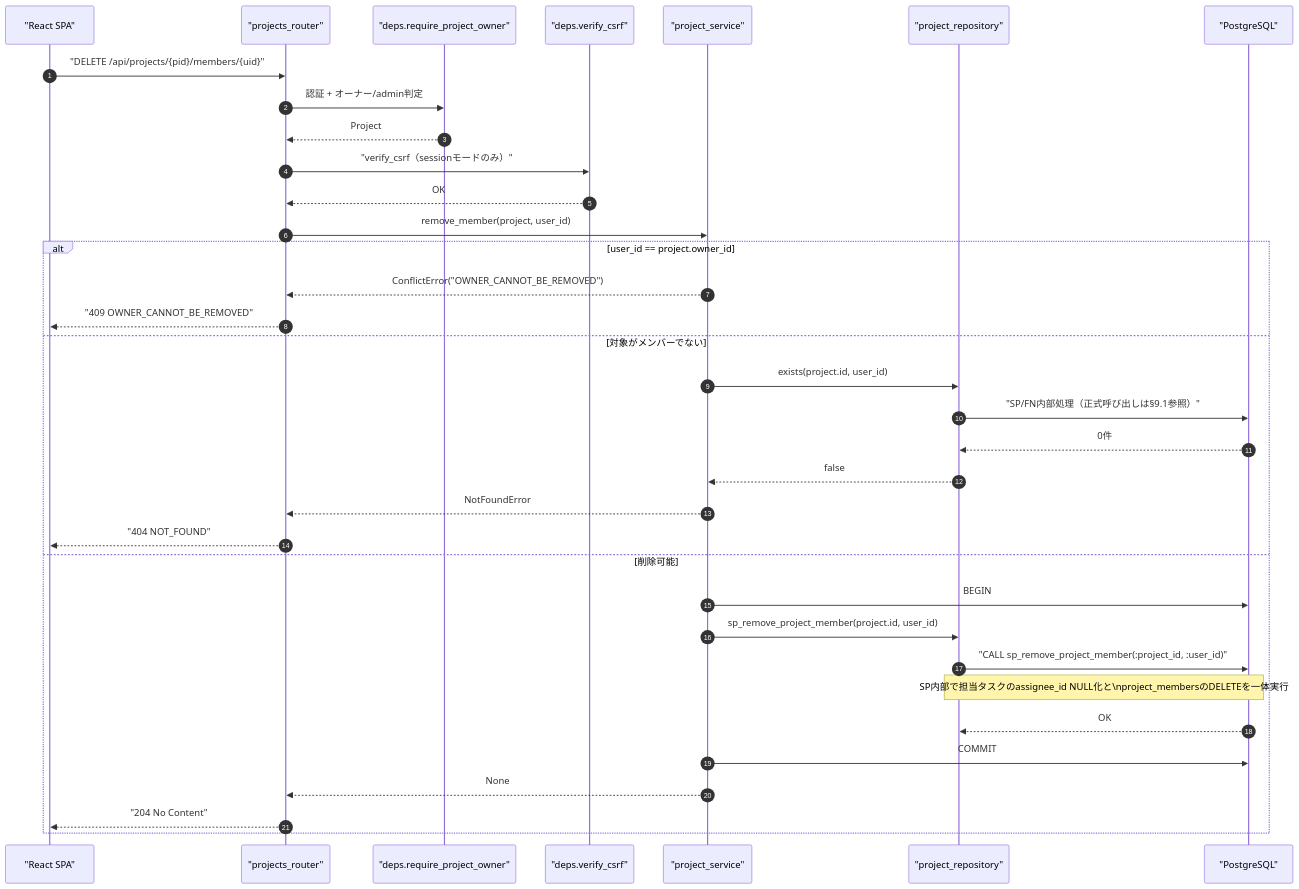
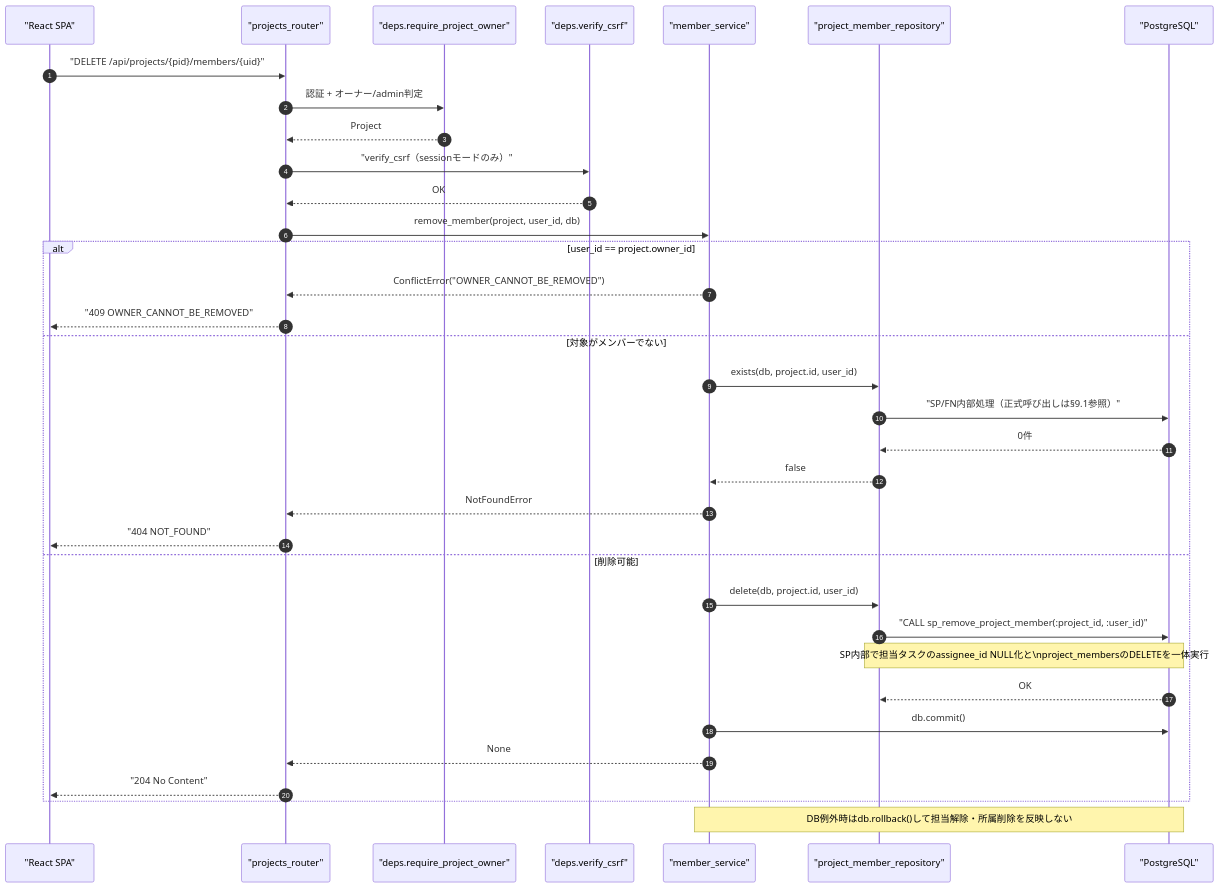
One commit to oikawa-d/task_management changed the first of 4 diagrams in docs/detailed_design/api/projects/09_delete_project_member.md. Above: the diagram before and after it, drawn with Mermaid. The commit also changed other lines of this file and 4 other files, not shown here.

````diff
--- a/docs/detailed_design/api/projects/09_delete_project_member.md
+++ b/docs/detailed_design/api/projects/09_delete_project_member.md
@@ -69,38 +69,38 @@
 ```mermaid
 sequenceDiagram
     autonumber
     participant FE as "React SPA"
     participant R as "projects_router"
     participant D as "deps.require_project_owner"
     participant CSRF as "deps.verify_csrf"
-    participant S as "project_service"
-    participant PR as "project_repository"
+    participant S as "member_service"
+    participant PR as "project_member_repository"
     participant PG as "PostgreSQL"
 
     FE->>R: "DELETE /api/projects/{pid}/members/{uid}"
     R->>D: 認証 + オーナー/admin判定
     D-->>R: Project
     R->>CSRF: "verify_csrf（sessionモードのみ）"
     CSRF-->>R: OK
-    R->>S: remove_member(project, user_id)
+    R->>S: remove_member(project, user_id, db)
     alt user_id == project.owner_id
         S-->>R: ConflictError("OWNER_CANNOT_BE_REMOVED")
         R-->>FE: "409 OWNER_CANNOT_BE_REMOVED"
     else 対象がメンバーでない
-        S->>PR: exists(project.id, user_id)
+        S->>PR: exists(db, project.id, user_id)
         PR->>PG: "SP/FN内部処理（正式呼び出しは§9.1参照）"
         PG-->>PR: 0件
         PR-->>S: false
         S-->>R: NotFoundError
         R-->>FE: "404 NOT_FOUND"
     else 削除可能
-        S->>PG: BEGIN
-        S->>PR: sp_remove_project_member(project.id, user_id)
+        S->>PR: delete(db, project.id, user_id)
         PR->>PG: "CALL sp_remove_project_member(:project_id, :user_id)"
         Note over PR,PG: SP内部で担当タスクのassignee_id NULL化と\nproject_membersのDELETEを一体実行
         PG-->>PR: OK
-        S->>PG: COMMIT
+        S->>PG: db.commit()
         S-->>R: None
         R-->>FE: "204 No Content"
     end
+    Note over S,PG: DB例外時はdb.rollback()して担当解除・所属削除を反映しない
 ```
````
